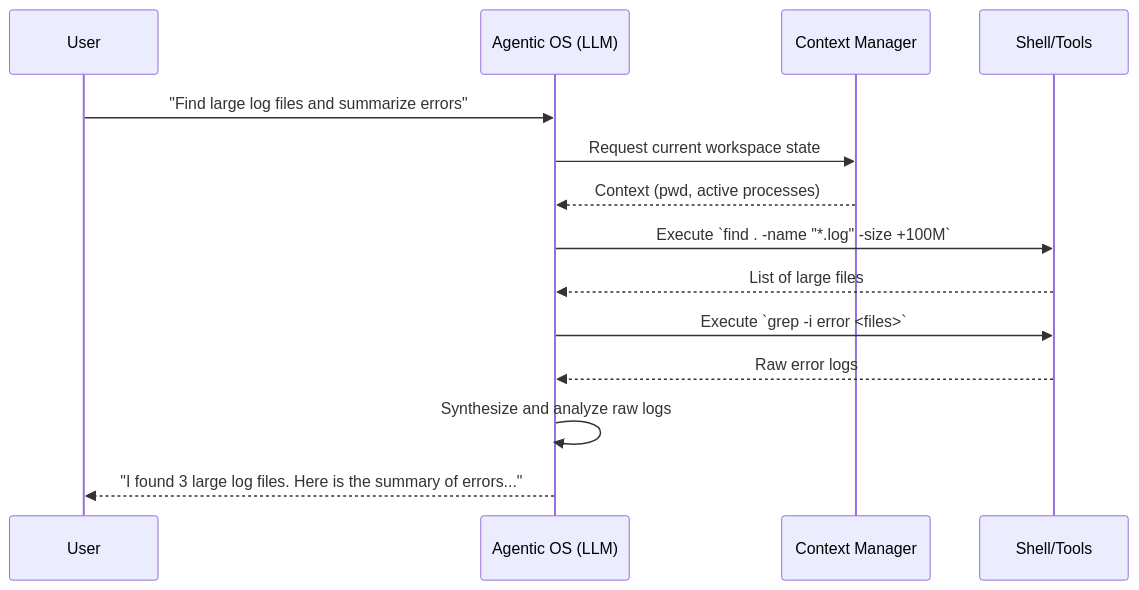
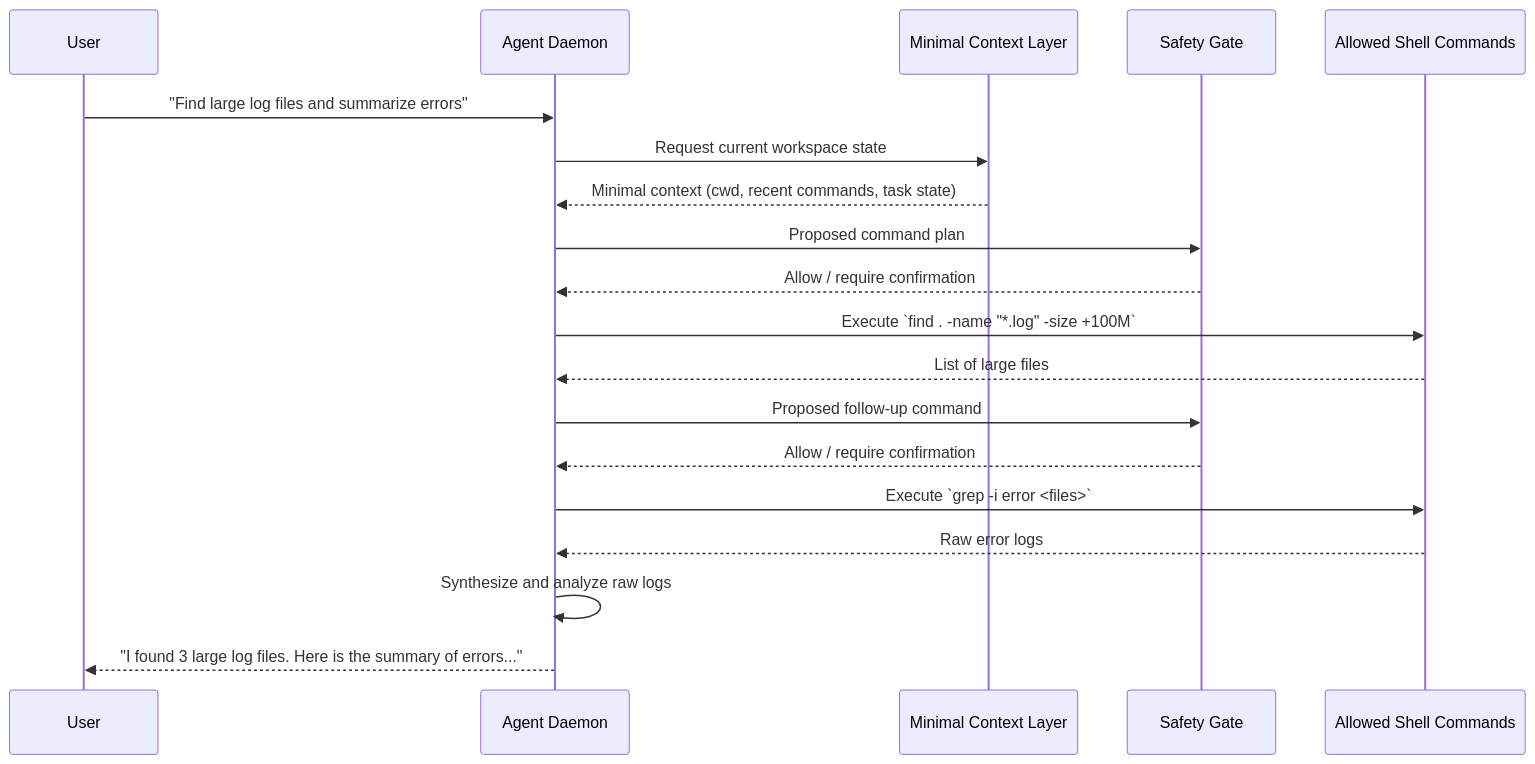
The second of 3 diagrams in docs/v0.5.0/agentic_os.md (dmarro89/go-dav-os), drawn with Mermaid before and after one commit. The commit also changed other lines of this file, not shown here.

Commit message:
docs: update iterative approach diagrams

````diff
--- a/docs/v0.5.0/agentic_os.md
+++ b/docs/v0.5.0/agentic_os.md
@@ -63,17 +65,22 @@
 ```mermaid
 sequenceDiagram
     participant U as User
-    participant A as Agentic OS (LLM)
-    participant C as Context Manager
-    participant S as Shell/Tools
+    participant A as Agent Daemon
+    participant C as Minimal Context Layer
+    participant G as Safety Gate
+    participant S as Allowed Shell Commands
     
     U->>A: "Find large log files and summarize errors"
     A->>C: Request current workspace state
-    C-->>A: Context (pwd, active processes)
+    C-->>A: Minimal context (cwd, recent commands, task state)
+    A->>G: Proposed command plan
+    G-->>A: Allow / require confirmation
     A->>S: Execute `find . -name "*.log" -size +100M`
     S-->>A: List of large files
+    A->>G: Proposed follow-up command
+    G-->>A: Allow / require confirmation
     A->>S: Execute `grep -i error <files>`
     S-->>A: Raw error logs
     A->>A: Synthesize and analyze raw logs
     A-->>U: "I found 3 large log files. Here is the summary of errors..."
 ```
````
